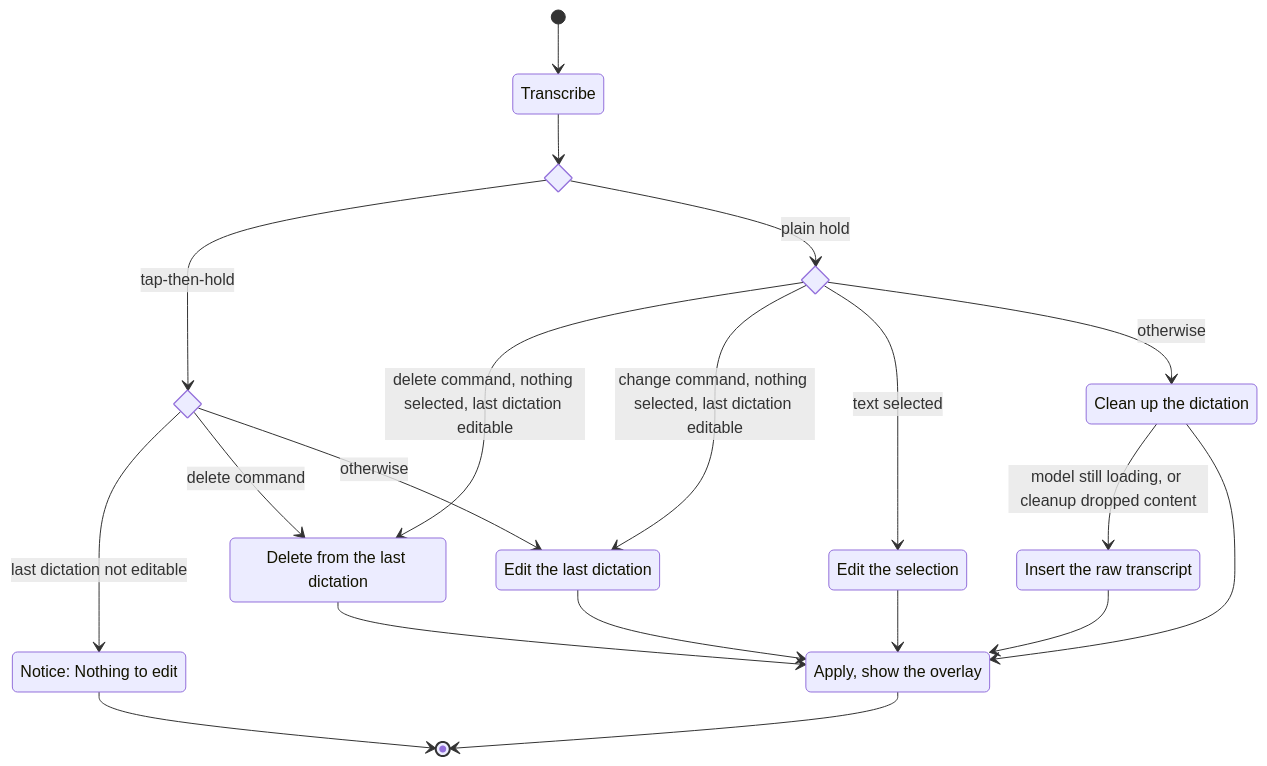
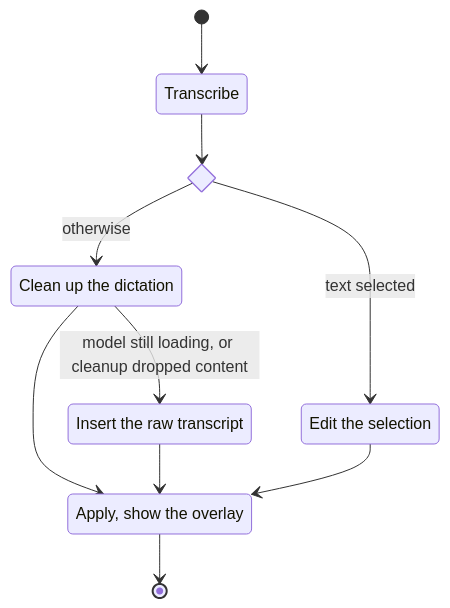
Before and after one commit to thirteen37/PopTalk: the second of 4 diagrams in README.md, drawn with Mermaid. The commit also changed other lines of this file and 8 other files, not shown here.

First line of the commit message:
refactor!: remove voice commands and tap-then-hold edits on the last dictation (#85)

````diff
--- a/README.md
+++ b/README.md
@@ -55,34 +49,19 @@
 ```mermaid
 stateDiagram-v2
     state "Transcribe" as Transcribe
-    state press <<choice>>
-    state tapped <<choice>>
-    state held <<choice>>
-    state "Notice: Nothing to edit" as Nothing
+    state which <<choice>>
     state "Edit the selection" as Edit
-    state "Edit the last dictation" as EditLast
-    state "Delete from the last dictation" as Delete
     state "Clean up the dictation" as Cleanup
     state "Insert the raw transcript" as Raw
     state "Apply, show the overlay" as Apply
 
     [*] --> Transcribe
-    Transcribe --> press
-    press --> tapped: tap-then-hold
-    press --> held: plain hold
-    tapped --> Nothing: last dictation not editable
-    tapped --> Delete: delete command
-    tapped --> EditLast: otherwise
-    held --> Delete: delete command, nothing selected, last dictation editable
-    held --> EditLast: change command, nothing selected, last dictation editable
-    held --> Edit: text selected
-    held --> Cleanup: otherwise
+    Transcribe --> which
+    which --> Edit: text selected
+    which --> Cleanup: otherwise
     Cleanup --> Raw: model still loading, or cleanup dropped content
     Cleanup --> Apply
     Raw --> Apply
     Edit --> Apply
-    EditLast --> Apply
-    Delete --> Apply
-    Nothing --> [*]
     Apply --> [*]
 ```
````
